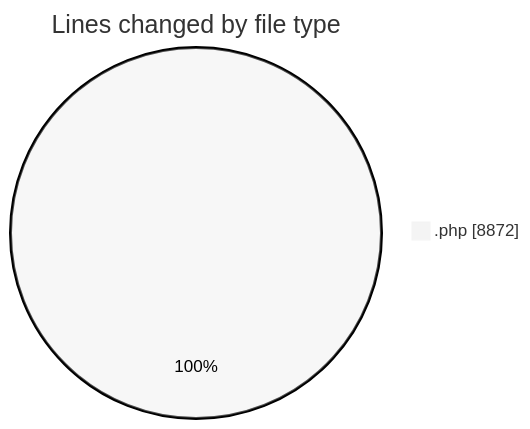
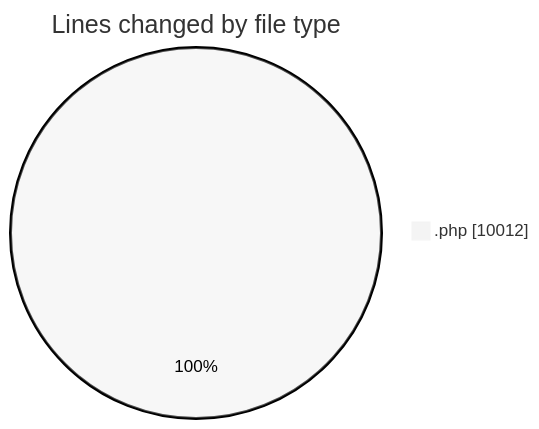
The first of 2 diagrams in 2025-04-10/zeytoon/README.md (vahidmafi/code-tracking), drawn with Mermaid (neutral theme) before and after one commit. The commit also changed other lines of this file and 1 other file, not shown here.

````diff
--- a/2025-04-10/zeytoon/README.md
+++ b/2025-04-10/zeytoon/README.md
@@ -30,5 +31,5 @@
 ```mermaid
 pie showData
 title Lines changed by file type
-".php" : 8872
+".php" : 10012
 ```
````
